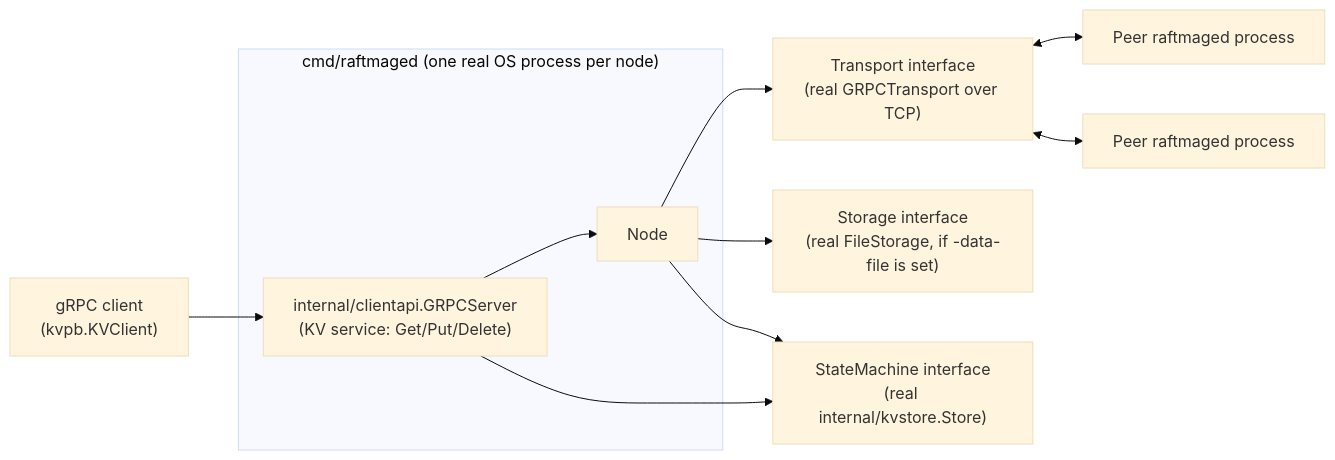
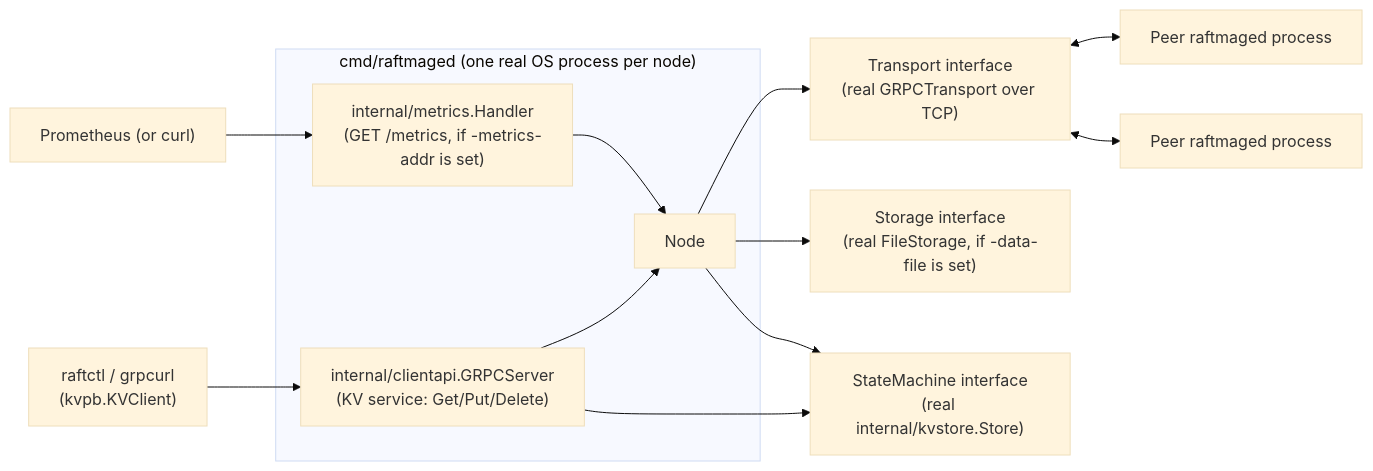
Before and after one commit to KayBee1880/RaftMage: the diagram in README.md, drawn with Mermaid (base theme). The commit also changed other lines of this file and 1 other file, not shown here.

Commit message:
Update docs for reflection, raftctl, config file, and metrics endpoint

````diff
--- a/README.md
+++ b/README.md
@@ -63,21 +66,25 @@
 ```mermaid
 graph LR
-    Client["gRPC client<br/>(kvpb.KVClient)"]
+    Client["raftctl / grpcurl<br/>(kvpb.KVClient)"]
+    Scraper["Prometheus (or curl)"]
     subgraph "cmd/raftmaged (one real OS process per node)"
         CA["internal/clientapi.GRPCServer<br/>(KV service: Get/Put/Delete)"]
+        MH["internal/metrics.Handler<br/>(GET /metrics, if -metrics-addr is set)"]
         N["Node"]
     end
     TP["Transport interface<br/>(real GRPCTransport over TCP)"]
     ST["Storage interface<br/>(real FileStorage, if -data-file is set)"]
     SM["StateMachine interface<br/>(real internal/kvstore.Store)"]
     Peer1["Peer raftmaged process"]
     Peer2["Peer raftmaged process"]
     Client --> CA
+    Scraper --> MH
     CA --> N
     CA --> SM
+    MH --> N
     N --> TP
     N --> ST
     N --> SM
     TP <--> Peer1
     TP <--> Peer2
 ```
````
